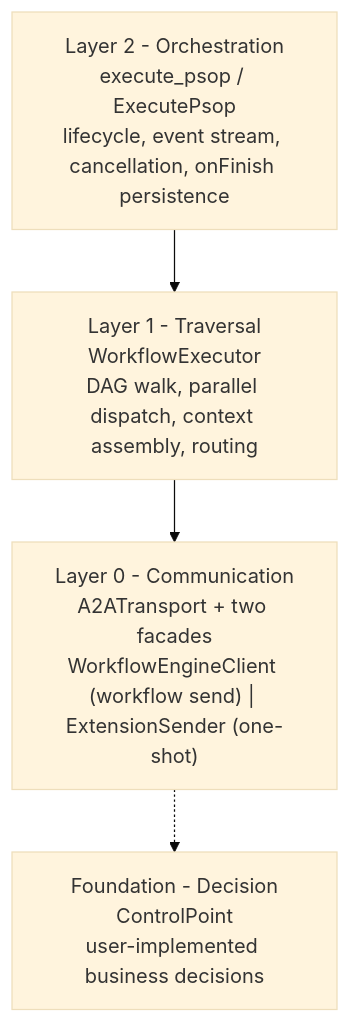
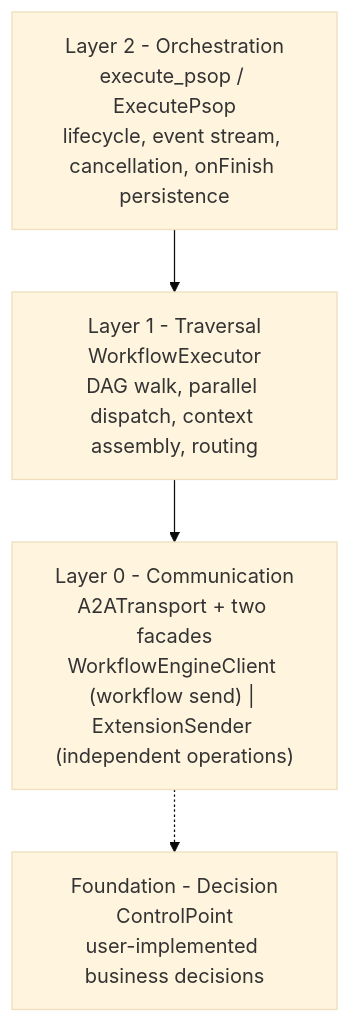
The first of 5 diagrams in docs/en/DESIGN.md (Zhoujie628/workflow-engine-sdk-java), drawn with Mermaid (base theme) before and after one commit. The commit also changed 7 other files, not shown here.

````diff
--- a/docs/en/DESIGN.md
+++ b/docs/en/DESIGN.md
@@ -35,10 +35,10 @@
 ```mermaid
 graph TD
     L2["Layer 2 - Orchestration<br/>execute_psop / ExecutePsop<br/>lifecycle, event stream, cancellation, onFinish persistence"]
     L1["Layer 1 - Traversal<br/>WorkflowExecutor<br/>DAG walk, parallel dispatch, context assembly, routing"]
-    L0["Layer 0 - Communication<br/>A2ATransport + two facades<br/>WorkflowEngineClient (workflow send) | ExtensionSender (one-shot)"]
+    L0["Layer 0 - Communication<br/>A2ATransport + two facades<br/>WorkflowEngineClient (workflow send) | ExtensionSender (independent operations)"]
     F["Foundation - Decision<br/>ControlPoint<br/>user-implemented business decisions"]
 
     L2 --> L1 --> L0
     L0 -.-> F
 ```
````
